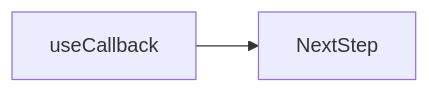
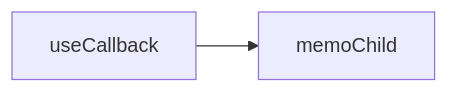
The second of 2 diagrams in docs/en/10-react/usecallback/index.md (OmidJavaherii/Frontend-Engineering-Handbook), drawn with Mermaid before and after one commit. The commit also changed other lines of this file and 461 other files, not shown here.

````diff
--- a/docs/en/10-react/usecallback/index.md
+++ b/docs/en/10-react/usecallback/index.md
@@ -96,4 +106,4 @@
 ```mermaid
 flowchart LR
-  concept[useCallback] --> nextStep[NextStep]
+  useCallback --> memoChild
 ```
````
